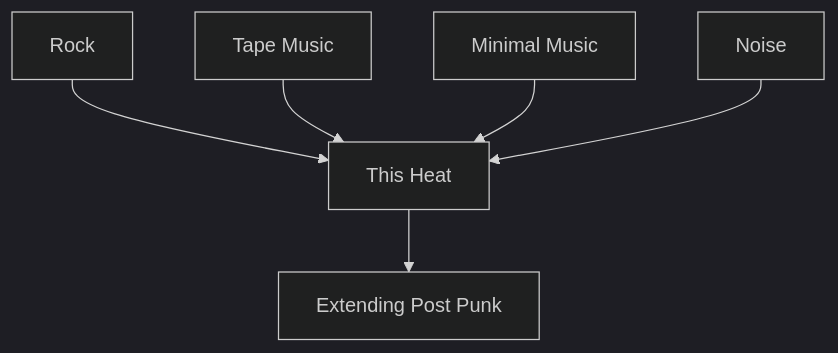
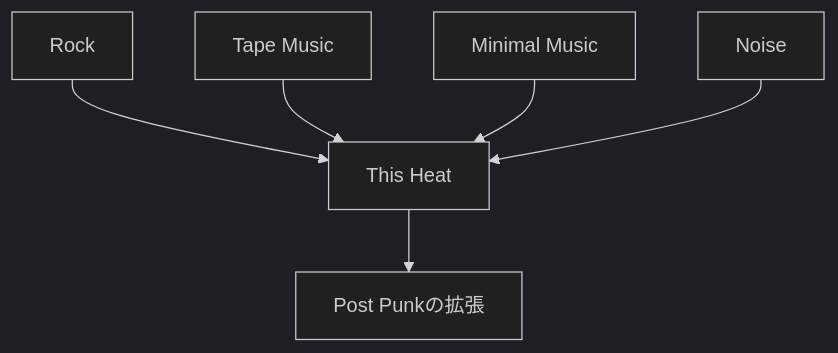
One commit to monumental-movement/monumental-movement.github.io changed the fourth of 10 diagrams in en/_posts/2026-05-16-column-this-heat.md. Above: the diagram before and after it, drawn with Mermaid (dark theme). The commit also changed other lines of this file and 2196 other files, not shown here.

```diff
--- a/en/_posts/2026-05-16-column-this-heat.md
+++ b/en/_posts/2026-05-16-column-this-heat.md
@@ -160,8 +160,8 @@
 <div class="mermaid">
 flowchart TD
 A["Rock"] --> E["This Heat"]
 B["Tape Music"] --> E
 C["Minimal Music"] --> E
 D["Noise"] --> E
-E --> F["Extending Post Punk"]
+E --> F["Post Punkの拡張"]
 </div>
```
